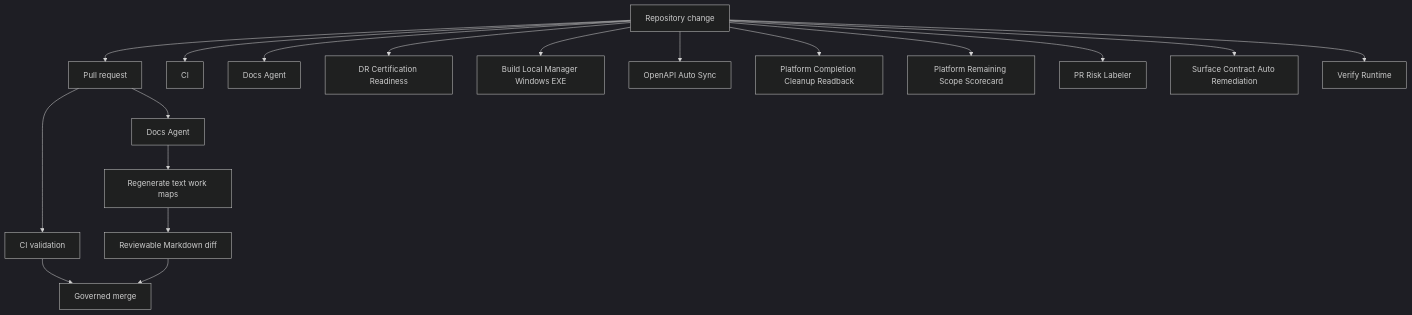
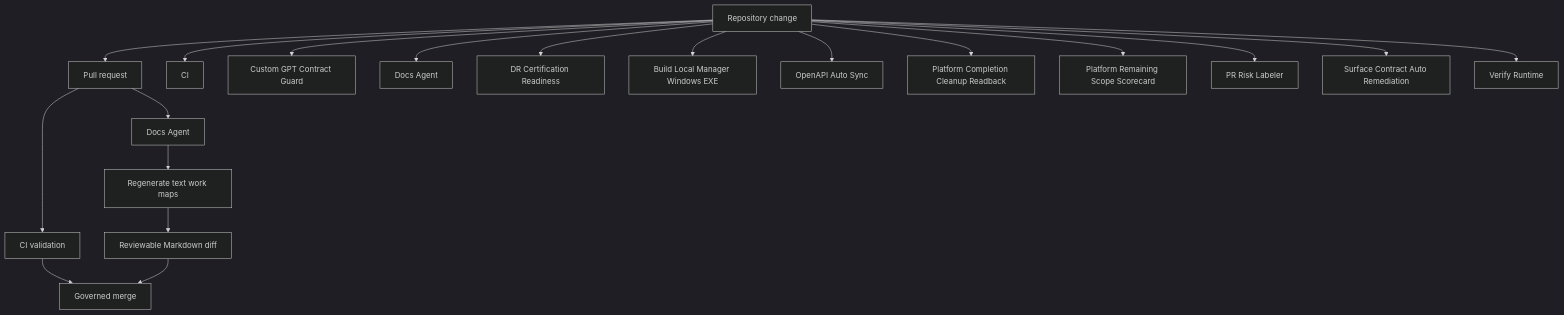
Before and after one commit to mad4bdigital-ai/multi-business-multi-role-growth-intelligence-os: the diagram in docs/work-maps/repository-automation-map.md, drawn with Mermaid (dark theme). The commit also changed other lines of this file and 4 other files, not shown here.

````diff
--- a/docs/work-maps/repository-automation-map.md
+++ b/docs/work-maps/repository-automation-map.md
@@ -10,30 +10,32 @@
 ```mermaid
 flowchart TD
   Change[Repository change] --> PR[Pull request]
   n_CI["CI"]
+  n_Custom_GPT_Contract_Guard["Custom GPT Contract Guard"]
   n_Docs_Agent["Docs Agent"]
   n_DR_Certification_Readiness["DR Certification Readiness"]
   n_Build_Local_Manager_Windows_EXE["Build Local Manager Windows EXE"]
   n_OpenAPI_Auto_Sync["OpenAPI Auto Sync"]
   n_Platform_Completion_Cleanup_Readback["Platform Completion Cleanup Readback"]
   n_Platform_Remaining_Scope_Scorecard["Platform Remaining Scope Scorecard"]
   n_PR_Risk_Labeler["PR Risk Labeler"]
   n_Surface_Contract_Auto_Remediation["Surface Contract Auto Remediation"]
   n_Verify_Runtime["Verify Runtime"]
   Change --> n_CI
+  Change --> n_Custom_GPT_Contract_Guard
   Change --> n_Docs_Agent
   Change --> n_DR_Certification_Readiness
   Change --> n_Build_Local_Manager_Windows_EXE
   Change --> n_OpenAPI_Auto_Sync
   Change --> n_Platform_Completion_Cleanup_Readback
   Change --> n_Platform_Remaining_Scope_Scorecard
   Change --> n_PR_Risk_Labeler
   Change --> n_Surface_Contract_Auto_Remediation
   Change --> n_Verify_Runtime
   PR --> CI[CI validation]
   PR --> Docs[Docs Agent]
   Docs --> Maps[Regenerate text work maps]
   Maps --> Review[Reviewable Markdown diff]
   CI --> Merge[Governed merge]
   Review --> Merge
 ```
````
